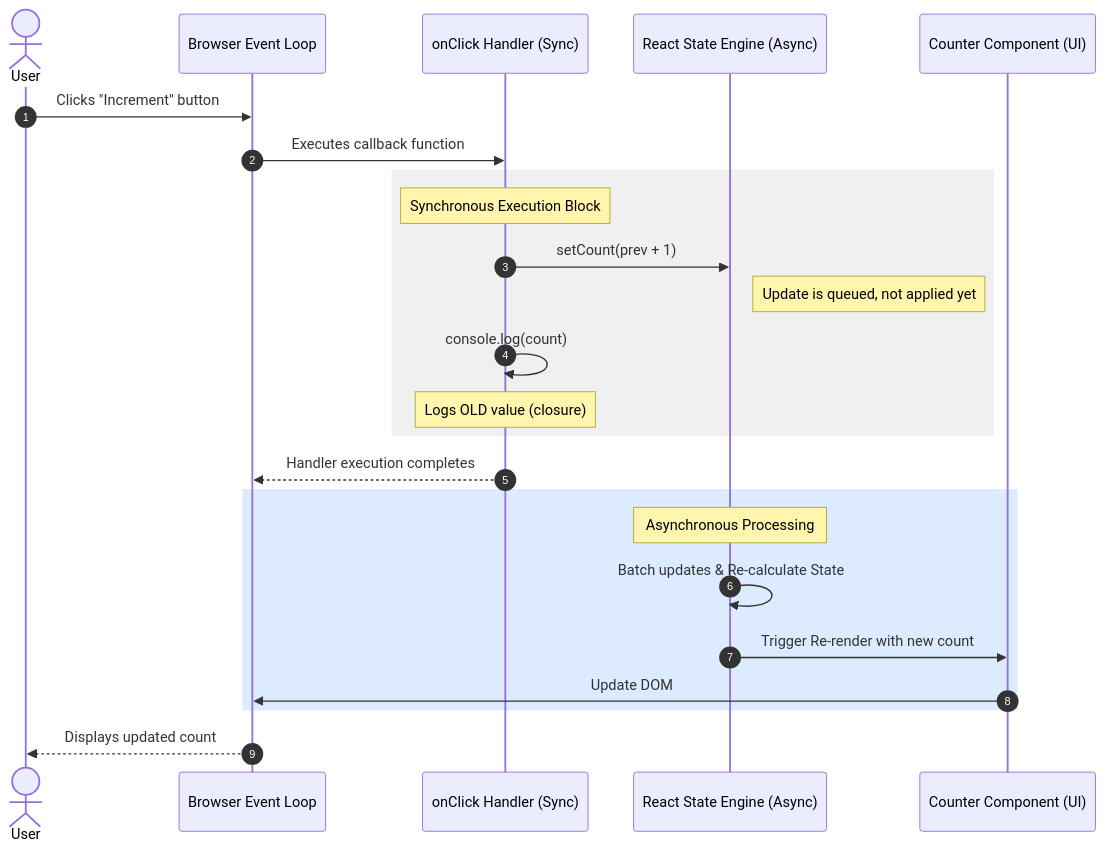
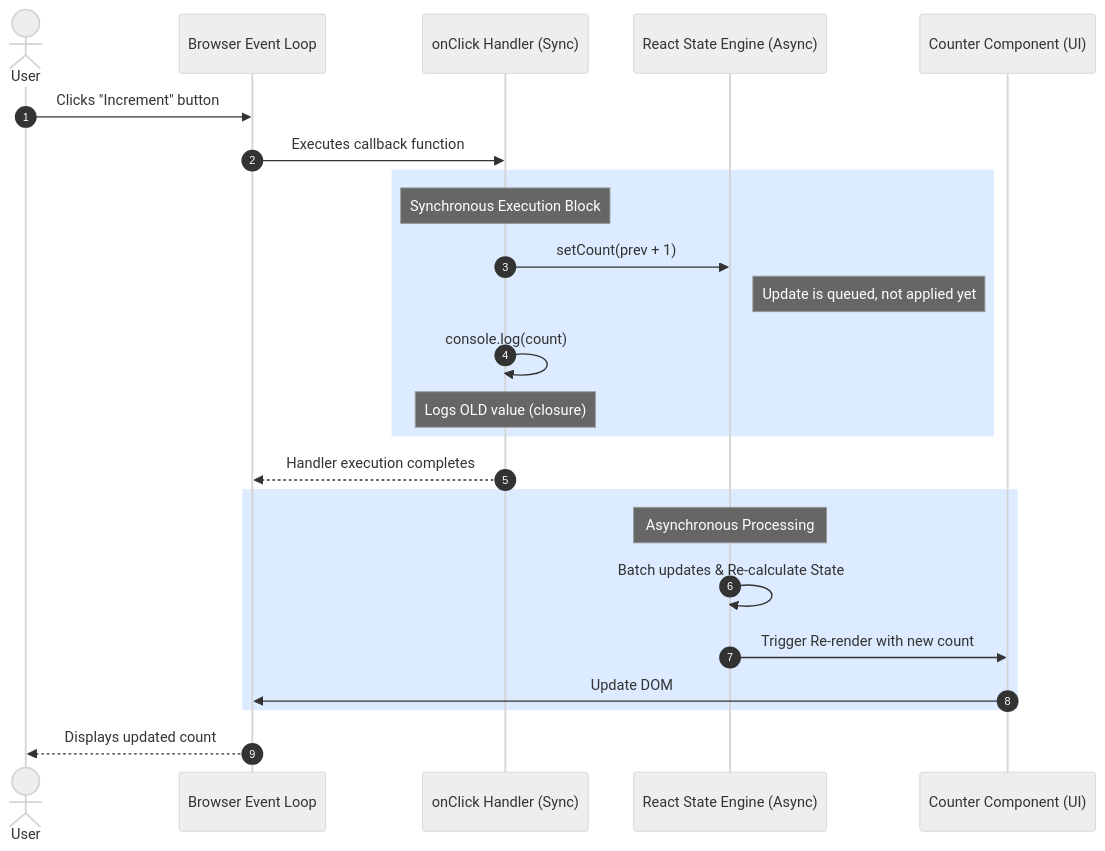
One commit to byucsstudent/casestudy-react changed the diagram in instruction/introduction-to-asynchronous-events-in-react/introduction-to-asynchronous-events-in-react.md. Above: the diagram before and after it, drawn with Mermaid.

Commit message:
update(Introduction to Asynchronous Events in React)

````diff
--- a/instruction/introduction-to-asynchronous-events-in-react/introduction-to-asynchronous-events-in-react.md
+++ b/instruction/introduction-to-asynchronous-events-in-react/introduction-to-asynchronous-events-in-react.md
@@ -50,31 +50,33 @@
 ```mermaid
+%%{init: {'theme': 'neutral'}}%%
+
 sequenceDiagram
     autonumber
     actor User
     participant Browser as Browser Event Loop
     participant Handler as onClick Handler (Sync)
     participant React as React State Engine (Async)
     participant UI as Counter Component (UI)
 
     User->>Browser: Clicks "Increment" button
     Browser->>Handler: Executes callback function
     
-    rect rgb(240, 240, 240)
+    rect rgb(220, 235, 255)
         Note over Handler: Synchronous Execution Block
         Handler->>React: setCount(prev + 1)
         Note right of React: Update is queued, not applied yet
         Handler->>Handler: console.log(count) 
         Note over Handler: Logs OLD value (closure)
     end
 
     Handler-->>Browser: Handler execution completes
     
     rect rgb(220, 235, 255)
         Note over React: Asynchronous Processing
         React->>React: Batch updates & Re-calculate State
         React->>UI: Trigger Re-render with new count
         UI->>Browser: Update DOM
     end
 
     Browser-->>User: Displays updated count
 ```
````
